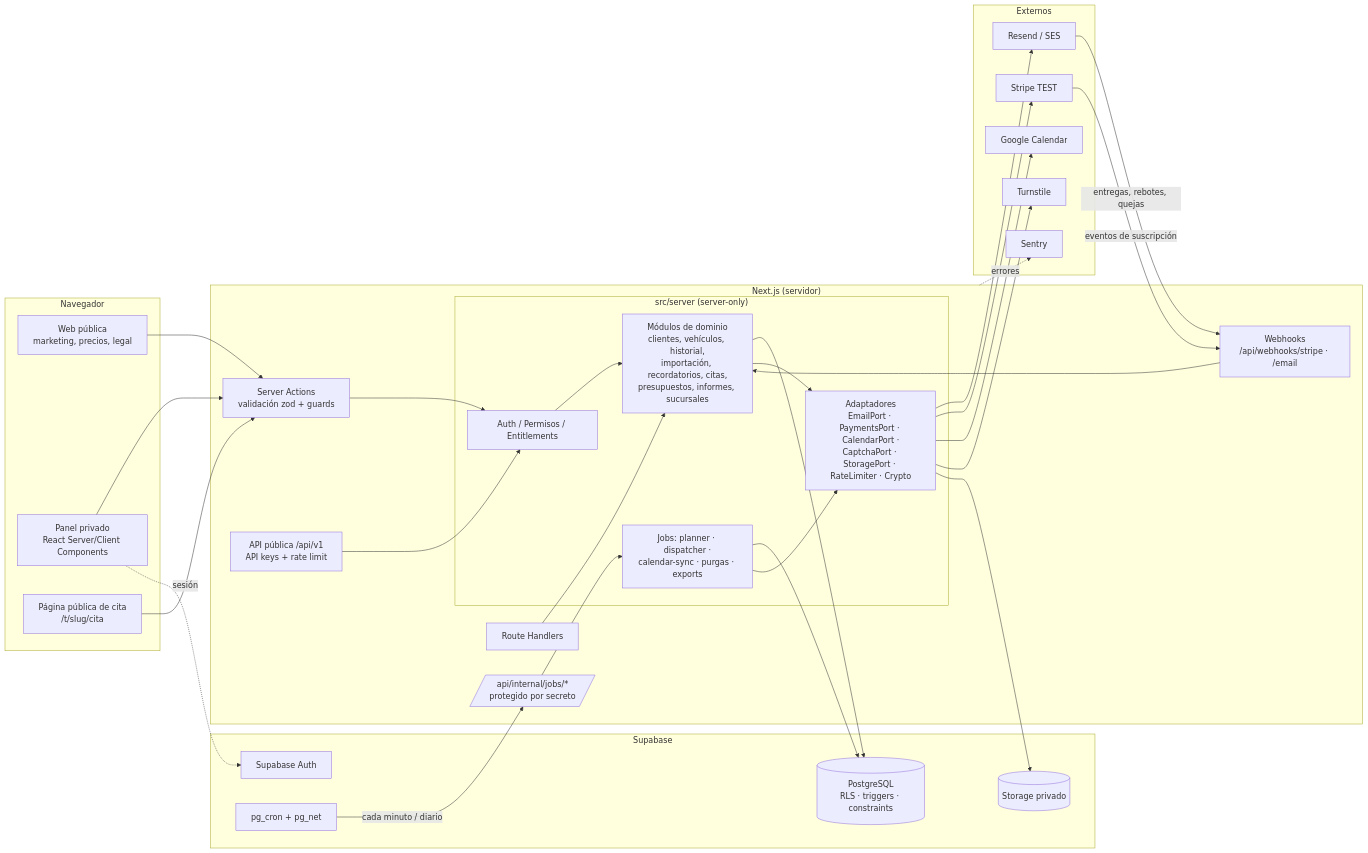
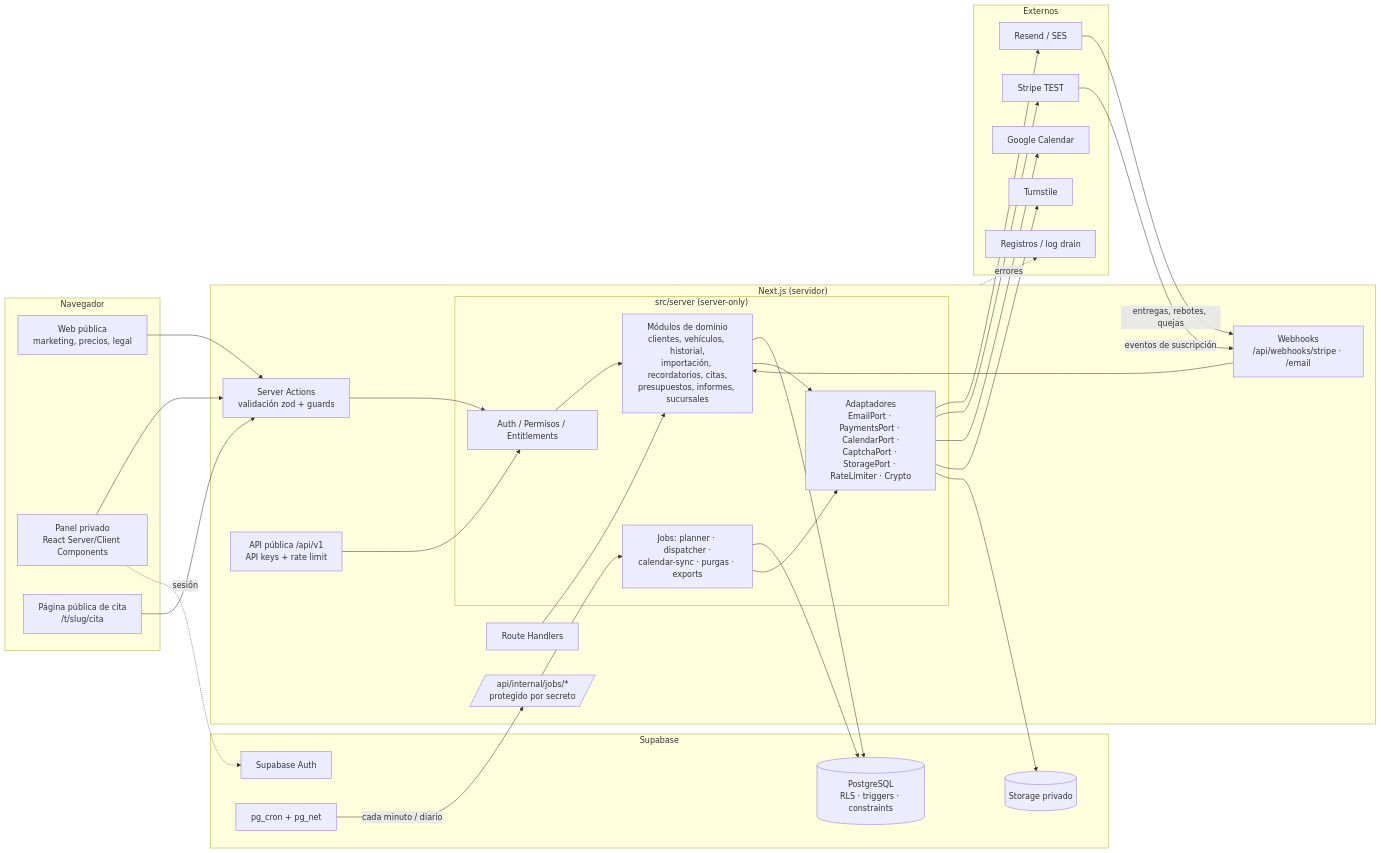
Before and after one commit to pablo1234A/MotorWorld: the diagram in docs/ARQUITECTURA.md, drawn with Mermaid. The commit also changed 21 other files, not shown here.

````diff
--- a/docs/ARQUITECTURA.md
+++ b/docs/ARQUITECTURA.md
@@ -40,59 +40,59 @@
 ```mermaid
 flowchart LR
   subgraph Navegador
     WEB[Web pública<br/>marketing, precios, legal]
     APP[Panel privado<br/>React Server/Client Components]
     BOOK[Página pública de cita<br/>/t/slug/cita]
   end
 
   subgraph Next["Next.js (servidor)"]
     SA[Server Actions<br/>validación zod + guards]
     RH[Route Handlers]
     subgraph Core["src/server (server-only)"]
       AUTHZ[Auth / Permisos / Entitlements]
       MODS[Módulos de dominio<br/>clientes, vehículos, historial,<br/>importación, recordatorios, citas,<br/>presupuestos, informes, sucursales]
       JOBS[Jobs: planner · dispatcher ·<br/>calendar-sync · purgas · exports]
       ADP[Adaptadores<br/>EmailPort · PaymentsPort · CalendarPort ·<br/>CaptchaPort · StoragePort · RateLimiter · Crypto]
     end
     API[API pública /api/v1<br/>API keys + rate limit]
     WH[Webhooks<br/>/api/webhooks/stripe · /email]
     CRON[/api/internal/jobs/*<br/>protegido por secreto/]
   end
 
   subgraph Supabase
     PG[(PostgreSQL<br/>RLS · triggers · constraints)]
     AUTH[Supabase Auth]
     ST[(Storage privado)]
     PGCRON[pg_cron + pg_net]
   end
 
   subgraph Externos
     RESEND[Resend / SES]
     STRIPE[Stripe TEST]
     GCAL[Google Calendar]
     TURN[Turnstile]
-    SENTRY[Sentry]
+    SENTRY[Registros / log drain]
   end
 
   WEB --> SA
   APP --> SA
   BOOK --> SA
   SA --> AUTHZ --> MODS
   RH --> MODS
   API --> AUTHZ
   MODS --> PG
   MODS --> ADP
   JOBS --> PG
   JOBS --> ADP
   APP -. sesión .-> AUTH
   PGCRON -- cada minuto / diario --> CRON --> JOBS
   ADP --> RESEND
   ADP --> STRIPE
   ADP --> GCAL
   ADP --> TURN
   ADP --> ST
   RESEND -- entregas, rebotes, quejas --> WH
   STRIPE -- eventos de suscripción --> WH
   WH --> MODS
   Next -. errores .-> SENTRY
 ```
````
